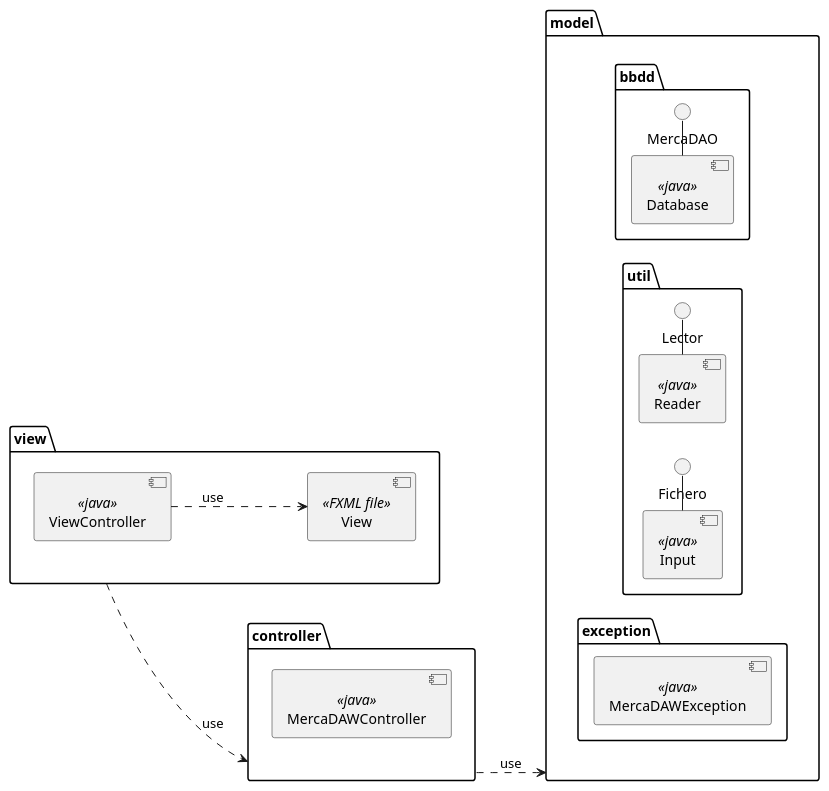
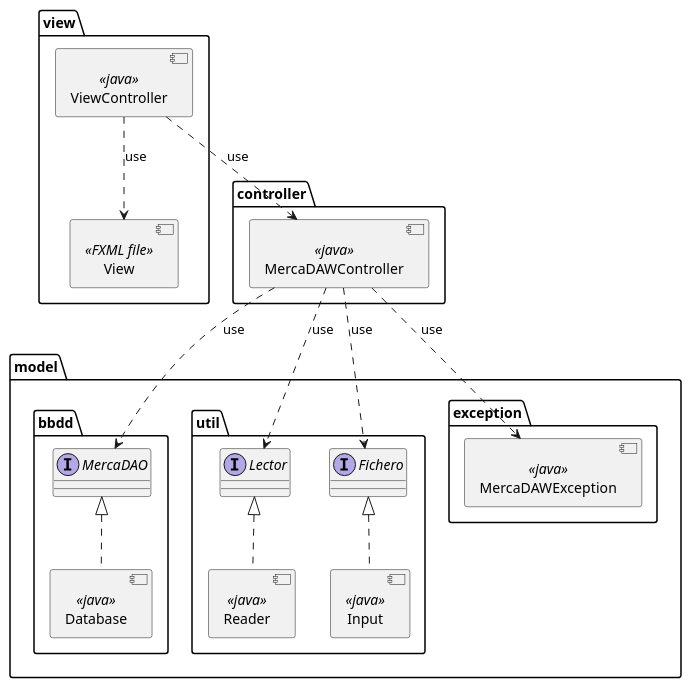
One commit to dmadcha/mercadaw_trabajo_ev3 changed the second of 2 diagrams in design/Componentes.pu. Above: the diagram before and after it, drawn with PlantUML.

Commit message:
Component Diagram fix update

```diff
--- a/design/Componentes.pu
+++ b/design/Componentes.pu
@@ -12,51 +12,60 @@
 @startuml disenyo
-
-left to right direction
-
+allow_mixing
+top to bottom direction
 package view{
 
     component View <<FXML file>>
 
     component ViewController <<java>>
 }
 
 package controller{
     component MercaDAWController <<java>>
 
 }
 
 package model{
 
     package bbdd{
         component Database <<java>>
-        () "MercaDAO" as DA
+
+        interface MercaDAO{
+
+        }
     }
 
     package util{
         component Reader <<java>>
-          () "Lector" as Lector
+          interface Lector {
+
+          }
         component Input <<java>>
-          () "Fichero" as Fichero
+          interface Fichero {
+
+          }
 
     }
 
     package exception{
         component MercaDAWException <<java>>
     }
 
 
     ViewController ..> View: use
 
-    view ..> controller: use
+    ViewController ..> MercaDAWController: use
+
+    MercaDAWController ..> MercaDAO: use
+    MercaDAWController ..> Lector: use
+    MercaDAWController ..> Fichero: use
+    MercaDAWController ..> MercaDAWException: use
 
 
-    controller ..> model: use
-
-    Database - DA
-    Reader - Lector
-    Input - Fichero
+    MercaDAO <|.. Database  
+    Lector <|.. Reader  
+    Fichero <|.. Input  
 
 
 }
 
 @enduml
```
